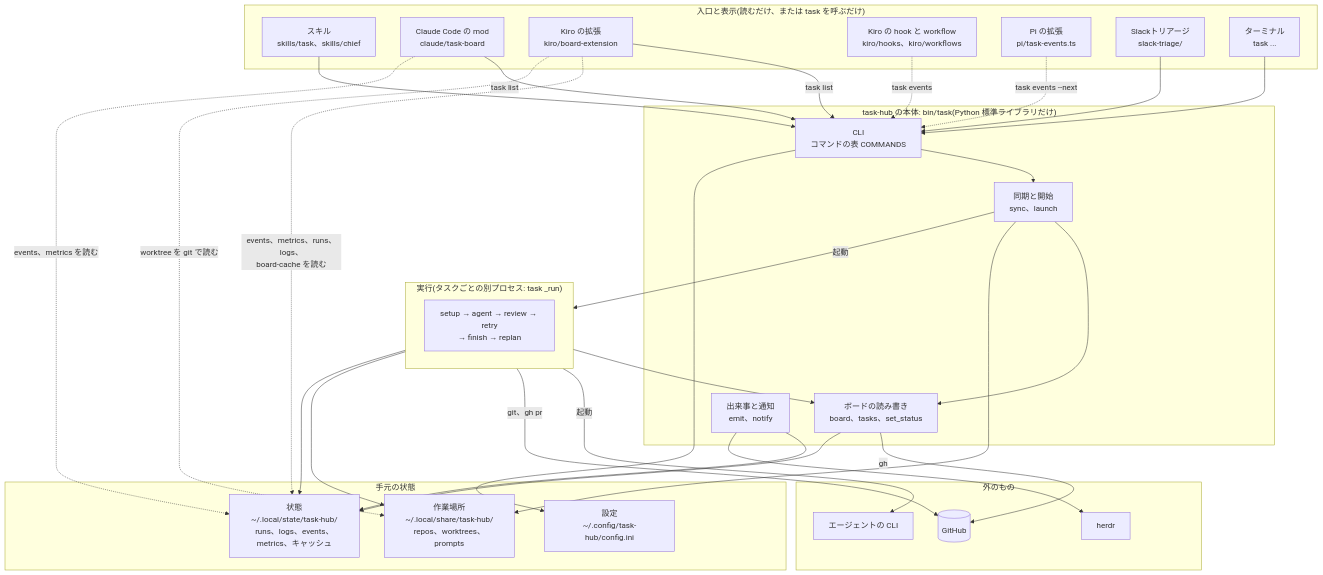
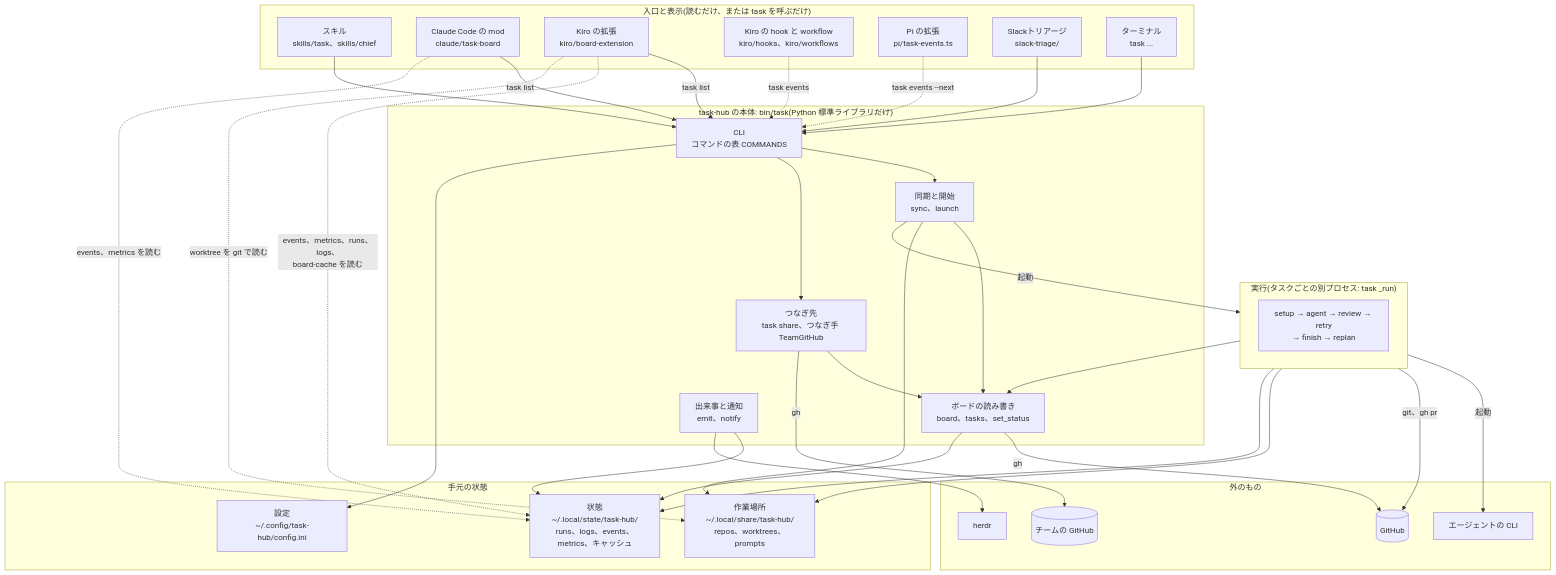
Before and after one commit to jyoka/task-hub: the second of 6 diagrams in docs/architecture/hld.md, drawn with Mermaid. The commit also changed other lines of this file and 8 other files, not shown here.

Commit message:
task 119: task share (1/2): 選んだタスクをチームの Issue と Project に出す

````diff
--- a/docs/architecture/hld.md
+++ b/docs/architecture/hld.md
@@ -48,60 +52,65 @@
 ```mermaid
 flowchart TB
     subgraph surfaces["入口と表示(読むだけ、または task を呼ぶだけ)"]
         skills["スキル<br/>skills/task、skills/chief"]
         mod["Claude Code の mod<br/>claude/task-board"]
         kext["Kiro の拡張<br/>kiro/board-extension"]
         khook["Kiro の hook と workflow<br/>kiro/hooks、kiro/workflows"]
         piext["Pi の拡張<br/>pi/task-events.ts"]
         triage["Slackトリアージ<br/>slack-triage/"]
         term["ターミナル<br/>task ..."]
     end
 
     subgraph core["task-hub の本体: bin/task(Python 標準ライブラリだけ)"]
         cli["CLI<br/>コマンドの表 COMMANDS"]
         sync["同期と開始<br/>sync、launch"]
         board["ボードの読み書き<br/>board、tasks、set_status"]
         notify["出来事と通知<br/>emit、notify"]
+        links["つなぎ先<br/>task share、つなぎ手 TeamGitHub"]
     end
 
     subgraph runner["実行(タスクごとの別プロセス: task _run)"]
         pipe["setup → agent → review → retry<br/>→ finish → replan"]
     end
 
     subgraph local["手元の状態"]
         cfg["設定<br/>~/.config/task-hub/config.ini"]
         state["状態<br/>~/.local/state/task-hub/<br/>runs、logs、events、metrics、キャッシュ"]
         data["作業場所<br/>~/.local/share/task-hub/<br/>repos、worktrees、prompts"]
     end
 
     subgraph ext["外のもの"]
         gh[("GitHub")]
+        team[("チームの GitHub")]
         agents["エージェントの CLI"]
         herdr["herdr"]
     end
 
     skills --> cli
     term --> cli
     triage --> cli
     mod -- "task list" --> cli
     kext -- "task list" --> cli
     mod -. "events、metrics を読む" .-> state
     kext -. "events、metrics、runs、logs、<br/>board-cache を読む" .-> state
     kext -. "worktree を git で読む" .-> data
     khook -. "task events" .-> cli
     piext -. "task events --next" .-> cli
     cli --> sync
     sync --> board
     sync -- "起動" --> runner
     board -- "gh" --> gh
+    cli --> links
+    links --> board
+    links -- "gh" --> team
     runner --> board
     runner -- "起動" --> agents
     runner -- "git、gh pr" --> gh
     runner --> data
     sync --> data
     notify --> state
     notify --> herdr
     board --> state
     runner --> state
     cli --> cfg
 ```
````
